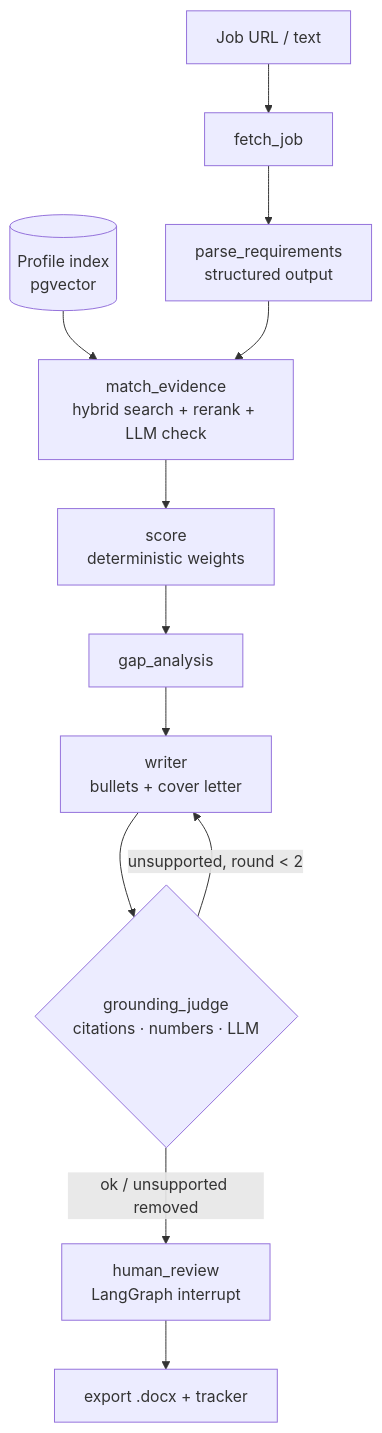
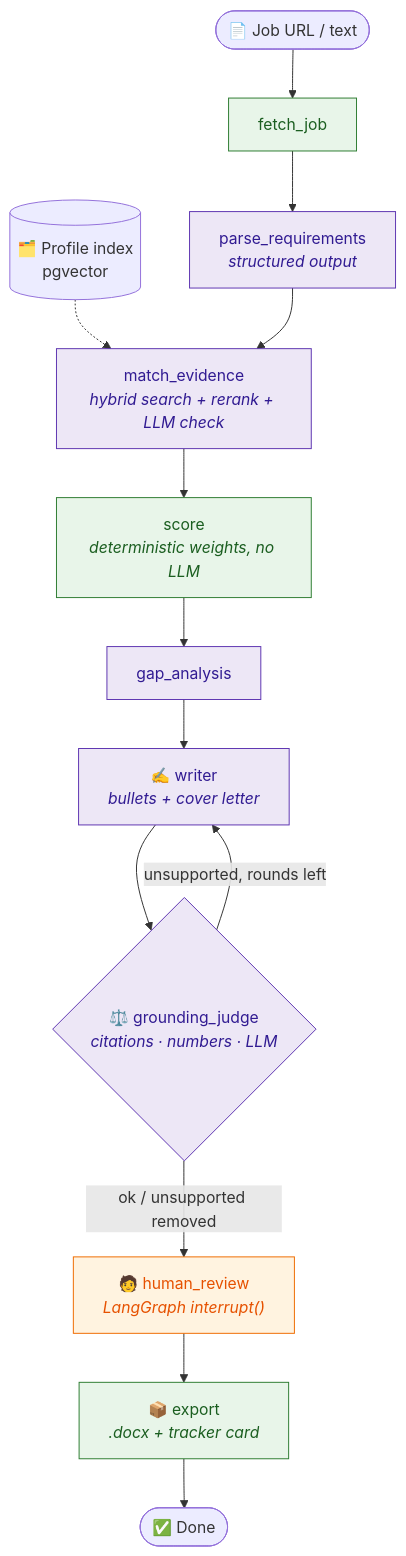
One commit to snikookar/job-fit-agent changed the first of 12 diagrams in README.md. Above: the diagram before and after it, drawn with Mermaid. The commit also changed other lines of this file, not shown here.

Commit message:
README: architecture, pipeline and fact-check diagrams, score example, results charts

````diff
--- a/README.md
+++ b/README.md
@@ -19,14 +54,22 @@
 ```mermaid
 flowchart TB
-    IN[Job URL / text] --> F[fetch_job]
-    F --> P[parse_requirements<br/>structured output]
-    PR[(Profile index<br/>pgvector)] --> M
-    P --> M[match_evidence<br/>hybrid search + rerank + LLM check]
-    M --> S[score<br/>deterministic weights]
+    IN([📄 Job URL / text]) --> F[fetch_job]
+    F --> P["parse_requirements<br/><i>structured output</i>"]
+    PR[("🗂️ Profile index<br/>pgvector")] -.-> M
+    P --> M["match_evidence<br/><i>hybrid search + rerank + LLM check</i>"]
+    M --> S["score<br/><i>deterministic weights, no LLM</i>"]
     S --> GAP[gap_analysis]
-    GAP --> W[writer<br/>bullets + cover letter]
-    W --> J{grounding_judge<br/>citations · numbers · LLM}
-    J -- unsupported, round < 2 --> W
-    J -- ok / unsupported removed --> H[human_review<br/>LangGraph interrupt]
-    H --> X[export .docx + tracker]
+    GAP --> W["✍️ writer<br/><i>bullets + cover letter</i>"]
+    W --> J{"⚖️ grounding_judge<br/><i>citations · numbers · LLM</i>"}
+    J -- "unsupported, rounds left" --> W
+    J -- "ok / unsupported removed" --> H["🧑 human_review<br/><i>LangGraph interrupt()</i>"]
+    H --> X["📦 export<br/><i>.docx + tracker card</i>"]
+    X --> OUT([✅ Done])
+
+    classDef llm fill:#ede7f6,stroke:#5e35b1,color:#311b92
+    classDef det fill:#e8f5e9,stroke:#2e7d32,color:#1b5e20
+    classDef human fill:#fff3e0,stroke:#ef6c00,color:#e65100
+    class P,M,W,J,GAP llm
+    class F,S,X det
+    class H human
 ```
````
